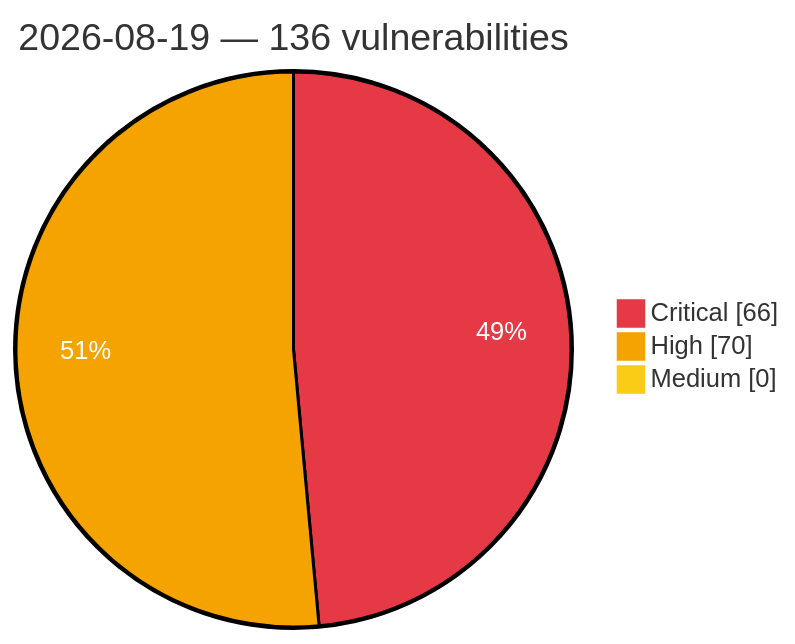
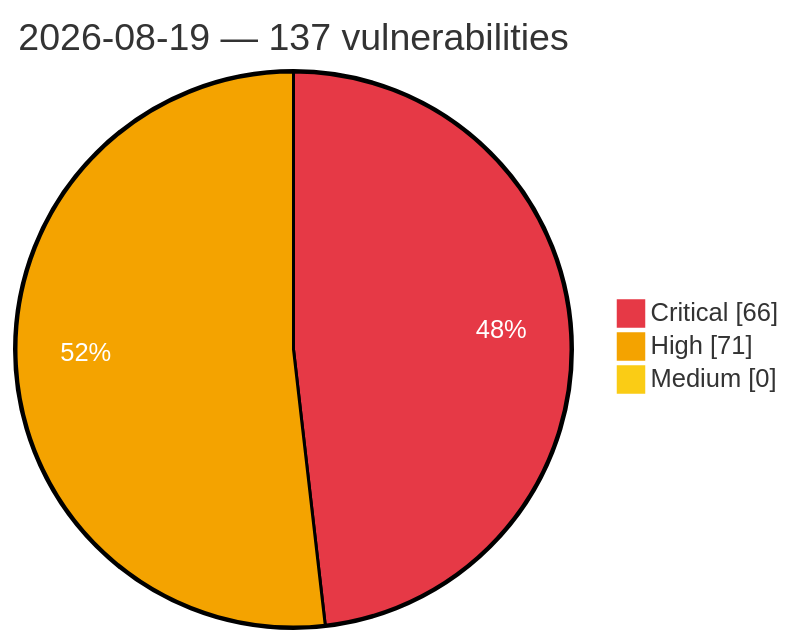
Before and after one commit to GhostX0X/vuln-tracker: the diagram in vulnerabilities/2026/August/2026-08-19.md, drawn with Mermaid. The commit also changed other lines of this file and 5 other files, not shown here.

````diff
--- a/vulnerabilities/2026/August/2026-08-19.md
+++ b/vulnerabilities/2026/August/2026-08-19.md
@@ -3,8 +3,8 @@
 ```mermaid
 %%{init: {'theme':'base', 'themeVariables': {'pie1':'#e63946', 'pie2':'#f4a300', 'pie3':'#facc15', 'pieOpacity':'1', 'pieOuterStrokeWidth':'2px', 'pieSectionTextColor':'#ffffff'}}}%%
 pie showData
-    title 2026-08-19 — 136 vulnerabilities
+    title 2026-08-19 — 137 vulnerabilities
     "Critical" : 66
-    "High" : 70
+    "High" : 71
     "Medium" : 0
 ```
````
